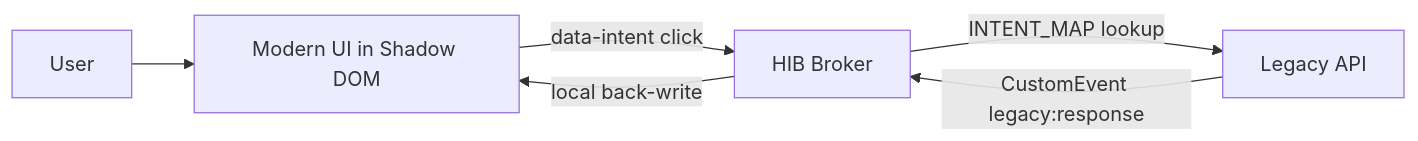
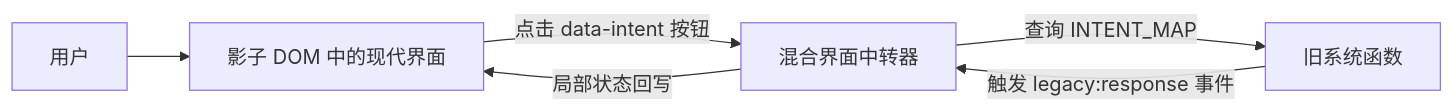
The diagram in README.md (ice348839086/old-html-moving), drawn with Mermaid before and after one commit. The commit also changed other lines of this file and 6 other files, not shown here.

````diff
--- a/README.md
+++ b/README.md
@@ -75,8 +75,8 @@
 ```mermaid
 flowchart LR
-  user[User] --> modernUi[Modern UI in Shadow DOM]
-  modernUi -->|"data-intent click"| hib[HIB Broker]
-  hib -->|"INTENT_MAP lookup"| legacyApi[Legacy API]
-  legacyApi -->|"CustomEvent legacy:response"| hib
-  hib -->|"local back-write"| modernUi
+  user[用户] --> modernUi[影子 DOM 中的现代界面]
+  modernUi -->|"点击 data-intent 按钮"| hib[混合界面中转器]
+  hib -->|"查询 INTENT_MAP"| legacyApi[旧系统函数]
+  legacyApi -->|"触发 legacy:response 事件"| hib
+  hib -->|"局部状态回写"| modernUi
 ```
````
